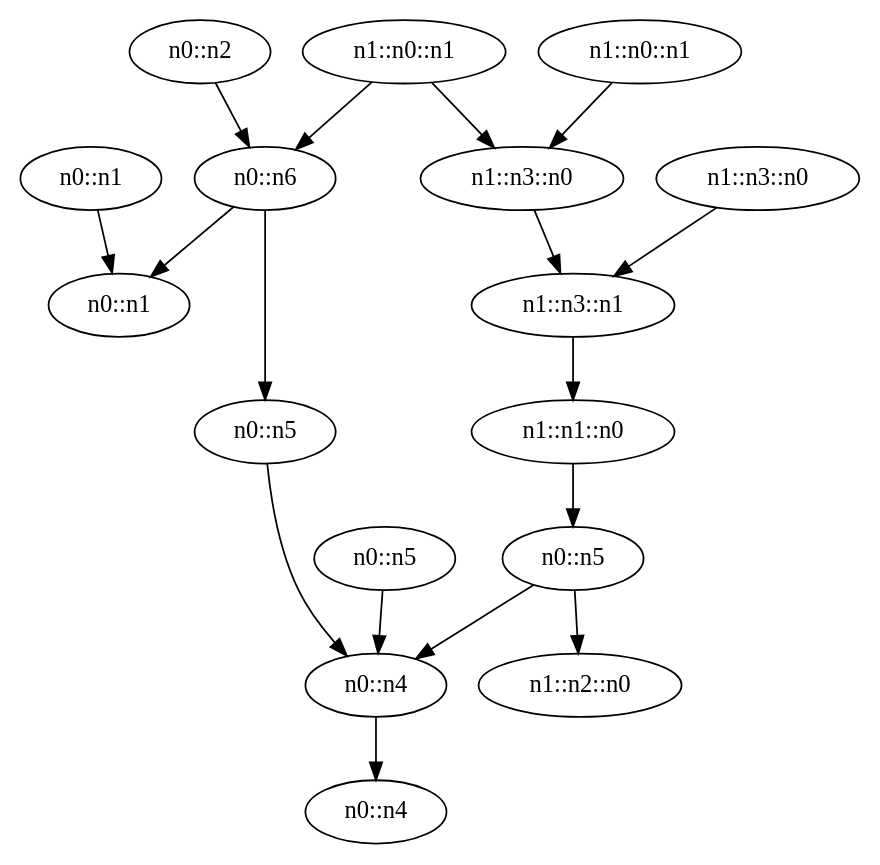
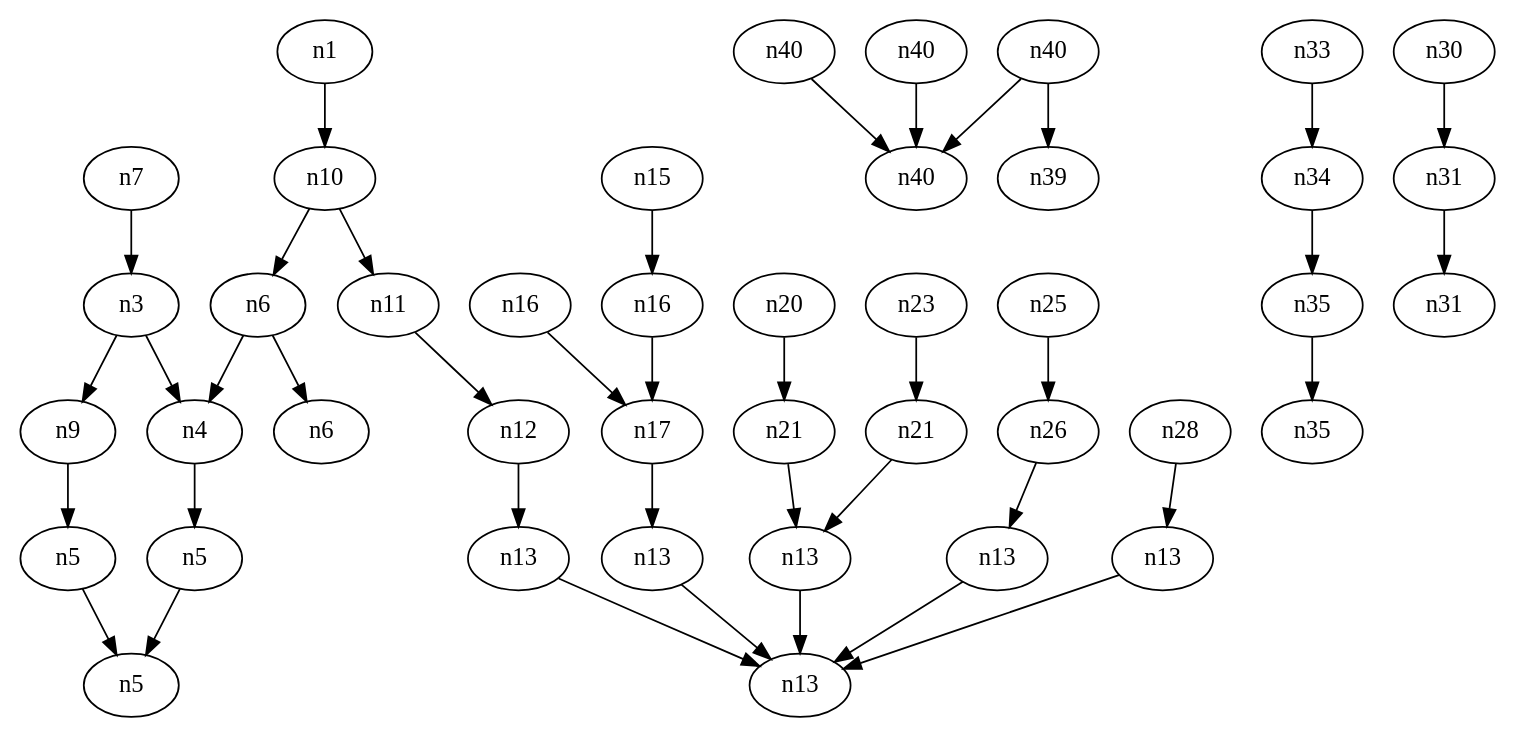
Before and after one commit to sarnobat/cpp_makefile_helloworld: the diagram in 12_graphml_yed_dot_graphviz_csv_parser/graph.dot, drawn with Graphviz. The commit also changed 11 other files, not shown here.

Commit message:
2025-11-19: .DS_Store Makefile edges.csv edges_short.csv graph.dot graph_short.dot graph_short.png graphml_reader.old graphviz.grapheasy.txt.out nodes.csv nodes_short.csv out.png

```diff
--- a/12_graphml_yed_dot_graphviz_csv_parser/graph.dot
+++ b/12_graphml_yed_dot_graphviz_csv_parser/graph.dot
@@ -1,31 +1,76 @@
 digraph G {
-    "n1::n3::n1" [label="n1::n1::n0"];
-    "n1::n3::n0" [label="n1::n3::n1"];
-    "n0::n5" [label="n0::n4"];
-    "n0::n3" [label="n0::n2"];
-    "n0::n6" [label="n0::n5"];
-    "n0::n7" [label="n0::n5"];
-    "n1::n1::n0" [label="n0::n5"];
-    "n2::n0" [label="n1::n3::n0"];
-    "n2::n1::n0" [label="n1::n0::n1"];
-    "n1::n0::n1" [label="n1::n3::n0"];
-    "n1::n0::n0" [label="n1::n0::n1"];
-    "n0::n2" [label="n0::n6"];
-    "n0::n0" [label="n0::n1"];
-    "n0::n0" -> "n0::n1";
-    "n2::n1::n0" -> "n0::n2";
-    "n0::n2" -> "n0::n1";
-    "n1::n0::n0" -> "n1::n0::n1";
-    "n2::n1::n0" -> "n1::n0::n1";
-    "n1::n1::n0" -> "n1::n2::n0";
-    "n0::n6" -> "n0::n5";
-    "n0::n7" -> "n0::n5";
-    "n0::n5" -> "n0::n4";
-    "n0::n3" -> "n0::n2";
-    "n1::n3::n0" -> "n1::n3::n1";
-    "n1::n1::n0" -> "n0::n5";
-    "n2::n0" -> "n1::n3::n0";
-    "n0::n2" -> "n0::n6";
-    "n1::n0::n1" -> "n1::n3::n0";
-    "n1::n3::n1" -> "n1::n1::n0";
+    "n21" [label="n13"];
+    "n26" [label="n13"];
+    "n36" [label="n40"];
+    "n33" [label="n34"];
+    "n32" [label="n33"];
+    "n38" [label="n40"];
+    "n30" [label="n31"];
+    "n28" [label="n13"];
+    "n27" [label="n28"];
+    "n12" [label="n13"];
+    "n18" [label="n16"];
+    "n25" [label="n26"];
+    "n23" [label="n21"];
+    "n22" [label="n23"];
+    "n10" [label="n11"];
+    "n8" [label="n9"];
+    "n17" [label="n13"];
+    "n37" [label="n40"];
+    "n16" [label="n17"];
+    "n29" [label="n30"];
+    "n15" [label="n16"];
+    "n14" [label="n15"];
+    "n24" [label="n25"];
+    "n20" [label="n21"];
+    "n7" [label="n3"];
+    "n1" [label="n10"];
+    "n34" [label="n35"];
+    "n9" [label="n5"];
+    "n3" [label="n4"];
+    "n2" [label="n6"];
+    "n19" [label="n20"];
+    "n4" [label="n5"];
+    "n11" [label="n12"];
+    "n41" [label="n7"];
+    "n0" [label="n1"];
+    "n0" -> "n1";
+    "n1" -> "n2";
+    "n2" -> "n3";
+    "n3" -> "n4";
+    "n4" -> "n5";
+    "n7" -> "n8";
+    "n8" -> "n9";
+    "n9" -> "n5";
+    "n1" -> "n10";
+    "n10" -> "n11";
+    "n11" -> "n12";
+    "n12" -> "n13";
+    "n14" -> "n15";
+    "n15" -> "n16";
+    "n16" -> "n17";
+    "n17" -> "n13";
+    "n18" -> "n16";
+    "n19" -> "n20";
+    "n20" -> "n21";
+    "n22" -> "n23";
+    "n23" -> "n21";
+    "n24" -> "n25";
+    "n25" -> "n26";
+    "n27" -> "n28";
+    "n28" -> "n13";
+    "n29" -> "n30";
+    "n30" -> "n31";
+    "n32" -> "n33";
+    "n33" -> "n34";
+    "n34" -> "n35";
+    "n36" -> "n40";
+    "n37" -> "n40";
+    "n38" -> "n39";
+    "n2" -> "n6";
+    "n41" -> "n7";
+    "n21" -> "n13";
+    "n26" -> "n13";
+    "n7" -> "n3";
+    "n38" -> "n40";
 }
```
